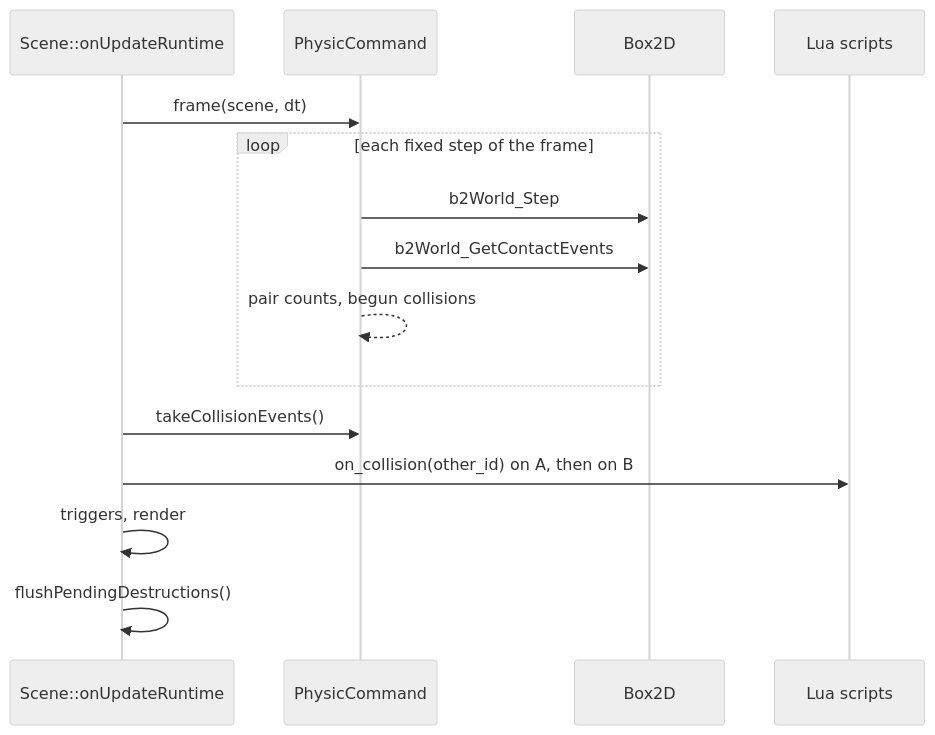
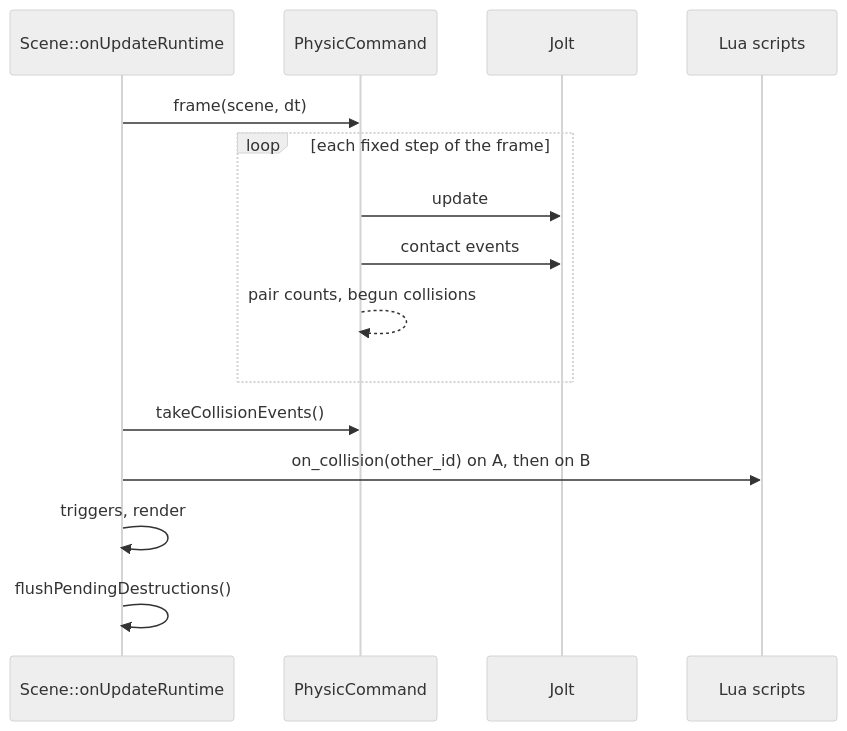
The fourth of 4 diagrams in doc/pages/physics.md (Silmaen/Owl), drawn with Mermaid (neutral theme) before and after one commit. The commit also changed other lines of this file and 74 other files, not shown here.

First line of the commit message:
Add Jolt Physics, built deterministic, with a frozen world-hash test (#375)

````diff
--- a/doc/pages/physics.md
+++ b/doc/pages/physics.md
@@ -279,17 +302,17 @@
 ```mermaid
 sequenceDiagram
     participant S as Scene::onUpdateRuntime
     participant P as PhysicCommand
-    participant B as Box2D
+    participant B as Jolt
     participant L as Lua scripts
     S->>P: frame(scene, dt)
     loop each fixed step of the frame
-        P->>B: b2World_Step
-        P->>B: b2World_GetContactEvents
+        P->>B: update
+        P->>B: contact events
         P-->>P: pair counts, begun collisions
     end
     S->>P: takeCollisionEvents()
     S->>L: on_collision(other_id) on A, then on B
     S->>S: triggers, render
     S->>S: flushPendingDestructions()
 ```
````
